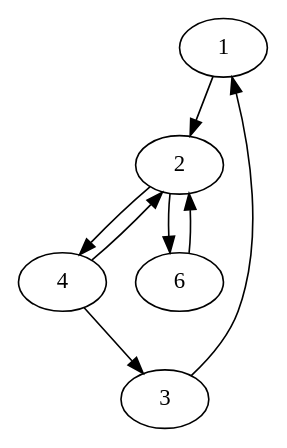
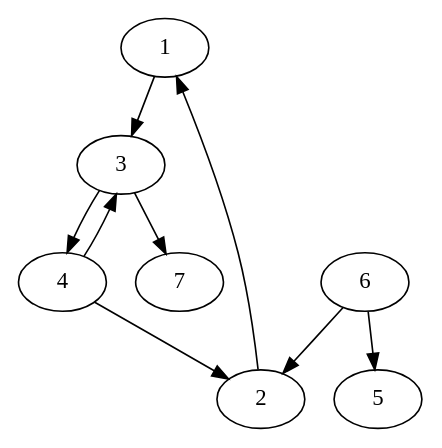
Before and after one commit to iac-isabella/TPA-TP2: the diagram in ProjetoModelagem/grafo-completo.dot, drawn with Graphviz. The commit also changed 26 other files, not shown here.

```diff
--- a/ProjetoModelagem/grafo-completo.dot
+++ b/ProjetoModelagem/grafo-completo.dot
@@ -1,9 +1,10 @@
 digraph G {
-	1 -> 2;
-	2 -> 4;
-	2 -> 6;
-	3 -> 1;
+	1 -> 3;
+	2 -> 1;
+	3 -> 4;
+	3 -> 7;
 	4 -> 2;
 	4 -> 3;
 	6 -> 2;
+	6 -> 5;
 }
```
